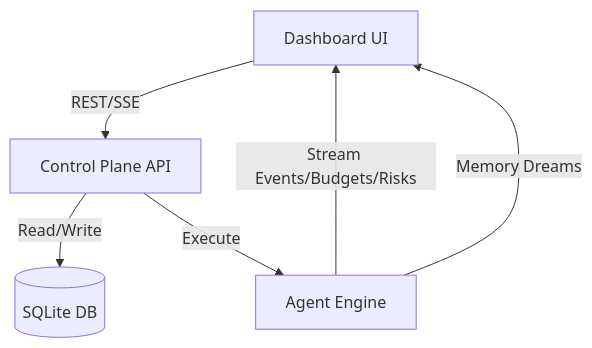
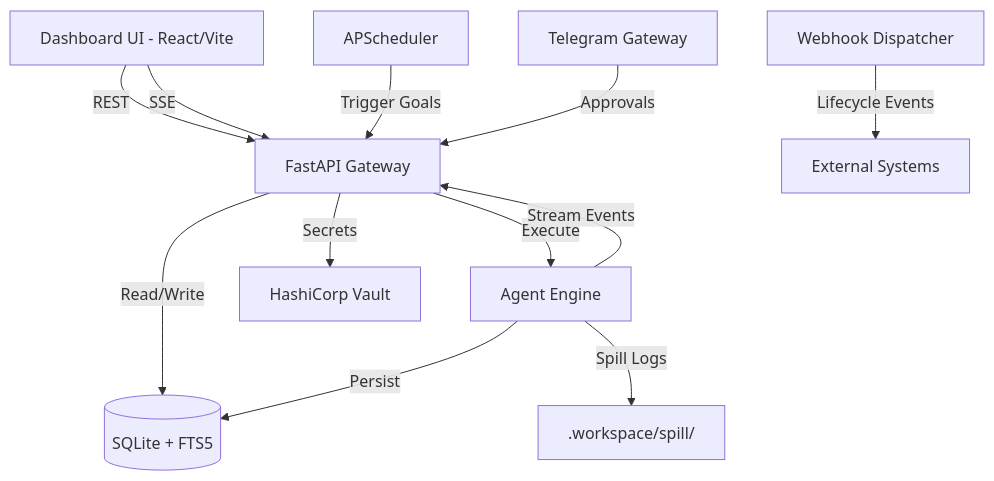
Before and after one commit to aniketpitre/Custom-Harness-Engine: the diagram in docs/harness_dashboard_architecture.md, drawn with Mermaid. The commit also changed other lines of this file and 2 other files, not shown here.

Commit message:
chore: commit final updates to architecture and implementation plans

````diff
--- a/docs/harness_dashboard_architecture.md
+++ b/docs/harness_dashboard_architecture.md
@@ -19,8 +82,14 @@
 ```mermaid
 graph TD
-    UI[Dashboard UI] -->|REST/SSE| API[Control Plane API]
-    API -->|Read/Write| DB[(SQLite DB)]
+    UI[Dashboard UI - React/Vite] -->|REST| API[FastAPI Gateway]
+    UI -->|SSE| API
+    API -->|Read/Write| DB[(SQLite + FTS5)]
     API -->|Execute| AE[Agent Engine]
-    AE -->|Stream Events/Budgets/Risks| UI
-    AE -->|Memory Dreams| UI
+    API -->|Secrets| V[HashiCorp Vault]
+    AE -->|Stream Events| API
+    AE -->|Persist| DB
+    AE -->|Spill Logs| FS[.workspace/spill/]
+    SCH[APScheduler] -->|Trigger Goals| API
+    TEL[Telegram Gateway] -->|Approvals| API
+    WH[Webhook Dispatcher] -->|Lifecycle Events| EXT[External Systems]
 ```
````
